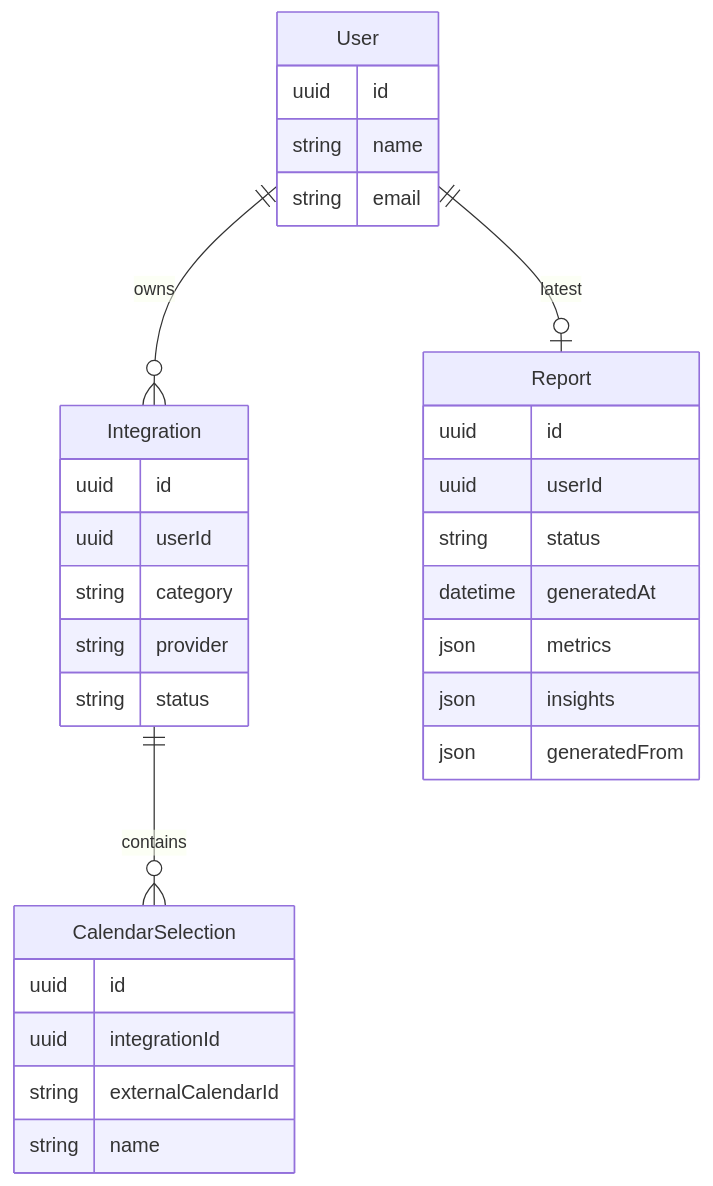
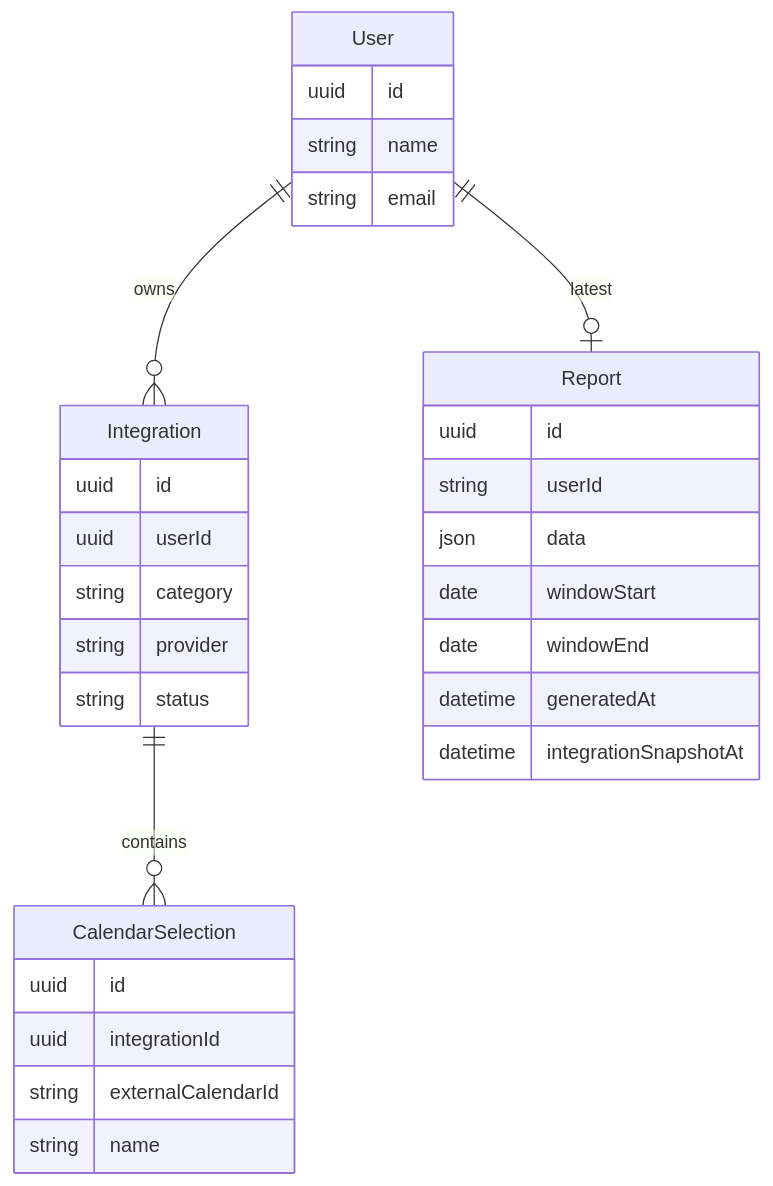
One commit to TheodoreChuang/my-subscriptions changed the first of 2 diagrams in README.md. Above: the diagram before and after it, drawn with Mermaid. The commit also changed other lines of this file and 2 other files, not shown here.

````diff
--- a/README.md
+++ b/README.md
@@ -54,44 +101,43 @@
 ```mermaid
 erDiagram
 
     User ||--o{ Integration : owns
     Integration ||--o{ CalendarSelection : contains
     User ||--o| Report : latest
 
     User {
         uuid id
         string name
         string email
     }
 
     Integration {
         uuid id
         uuid userId
 
         string category
         string provider
 
         string status
     }
 
     CalendarSelection {
         uuid id
         uuid integrationId
 
         string externalCalendarId
         string name
     }
 
     Report {
         uuid id
-        uuid userId
+        string userId
 
-        string status
+        json data
 
+        date windowStart
+        date windowEnd
         datetime generatedAt
-
-        json metrics
-        json insights
-        json generatedFrom
+        datetime integrationSnapshotAt
     }
 ```
````
